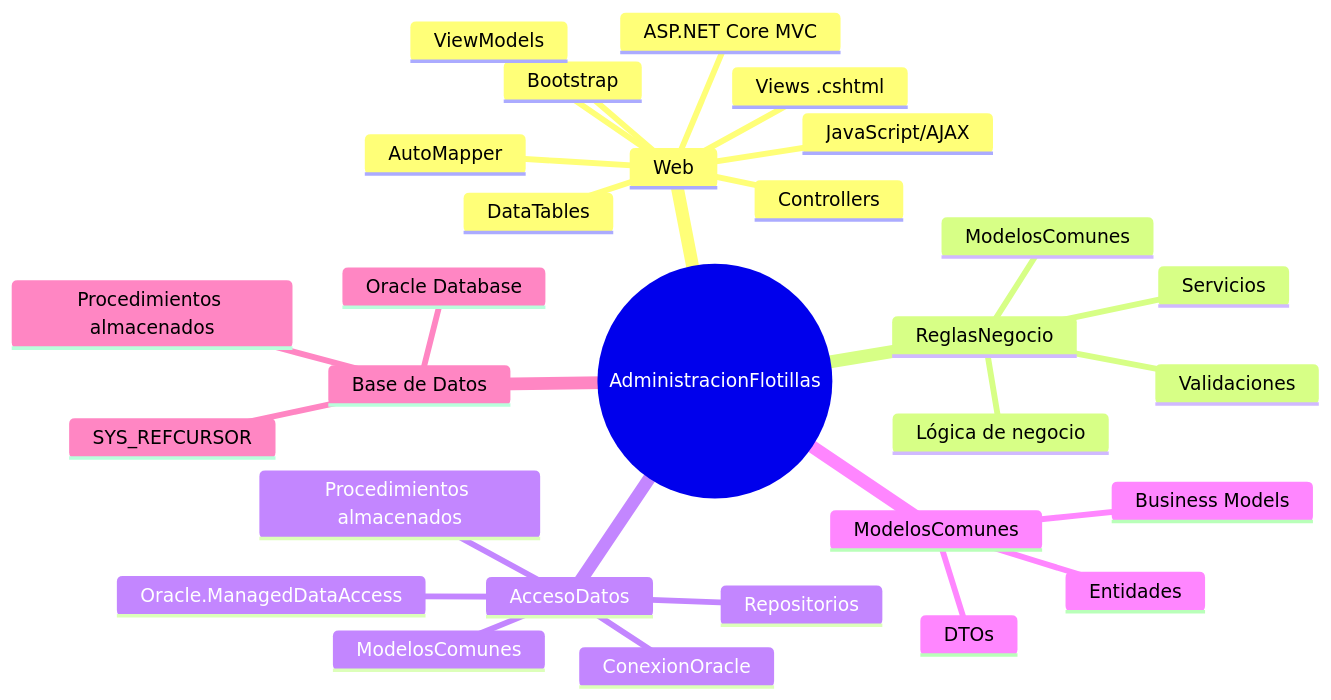
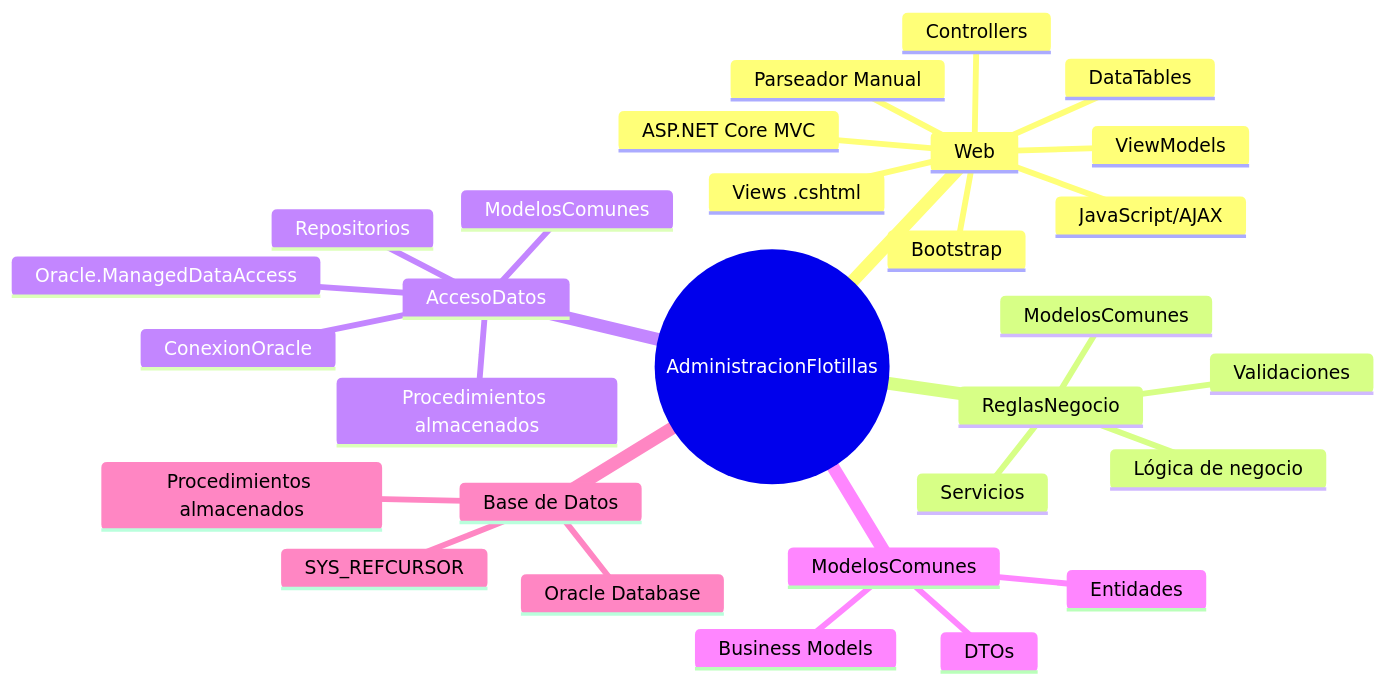
Before and after one commit to alejandro3469/AdministracionFlotillas: the eighth of 8 diagrams in docs/ARQUITECTURA.md, drawn with Mermaid. The commit also changed other lines of this file and 4 other files, not shown here.

First line of the commit message:
Docs: actualizar documentación para reflejar parseador manual y ViewModels en español

````diff
--- a/docs/ARQUITECTURA.md
+++ b/docs/ARQUITECTURA.md
@@ -217,32 +216,32 @@
 ```mermaid
 mindmap
   root((AdministracionFlotillas))
     Web
       ASP.NET Core MVC
       Controllers
       Views .cshtml
       DataTables
       Bootstrap
       JavaScript/AJAX
       ViewModels
-      AutoMapper
+      Parseador Manual
     ReglasNegocio
       Servicios
       Lógica de negocio
       Validaciones
       ModelosComunes
     AccesoDatos
       Repositorios
       ConexionOracle
       Procedimientos almacenados
       Oracle.ManagedDataAccess
       ModelosComunes
     ModelosComunes
       Business Models
       DTOs
       Entidades
     Base de Datos
       Oracle Database
       Procedimientos almacenados
       SYS_REFCURSOR
 ```
````
